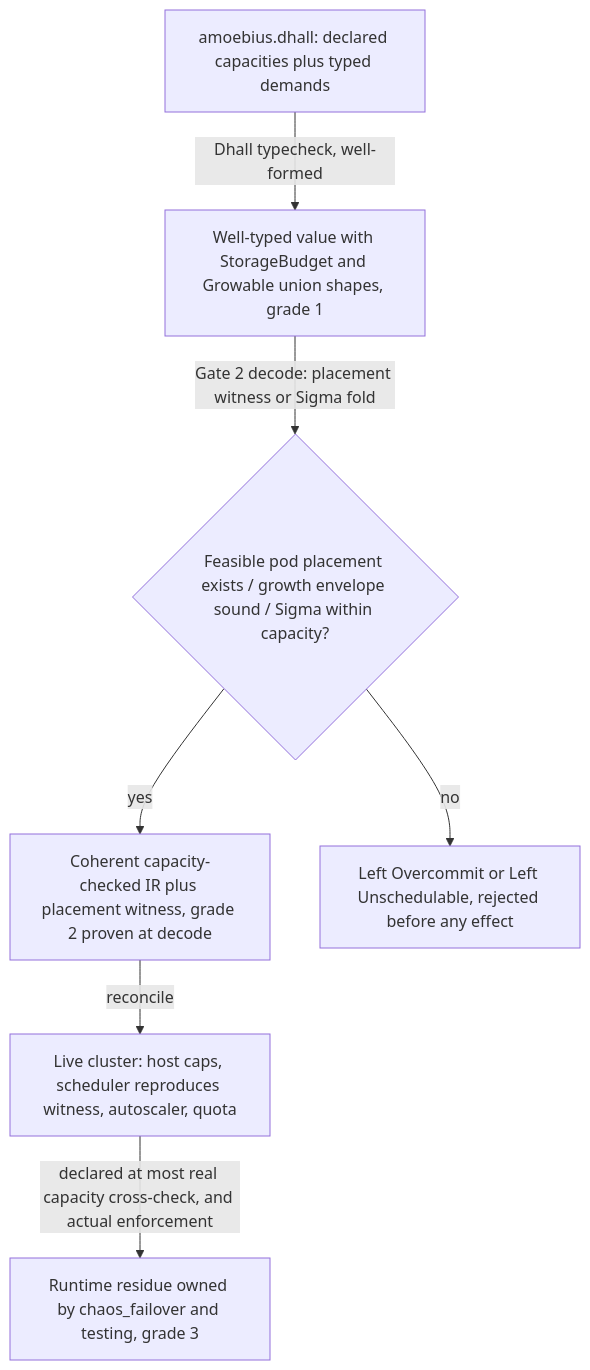
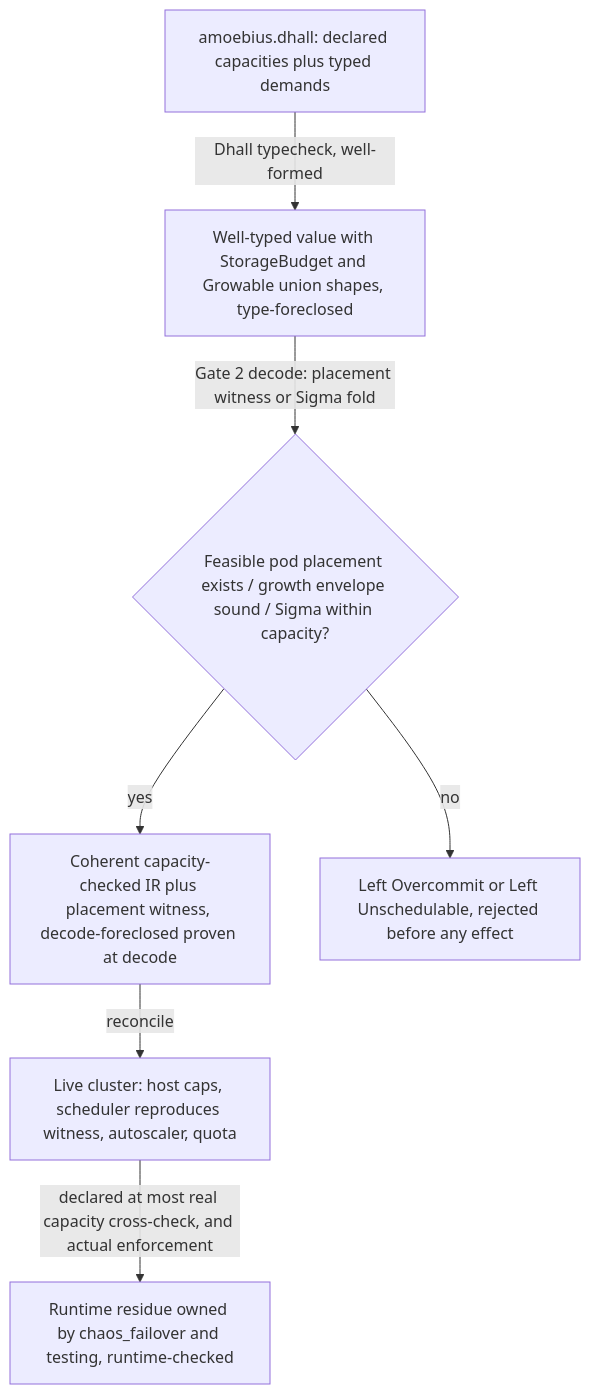
One commit to Tuee22/amoebius changed the diagram in documents/engineering/resource_capacity_doctrine.md. Above: the diagram before and after it, drawn with Mermaid. The commit also changed other lines of this file and 33 other files, not shown here.

````diff
--- a/documents/engineering/resource_capacity_doctrine.md
+++ b/documents/engineering/resource_capacity_doctrine.md
@@ -89,9 +89,9 @@
 ```mermaid
 flowchart TD
-  spec[amoebius.dhall: declared capacities plus typed demands] -->|Dhall typecheck, well-formed| typed[Well-typed value with StorageBudget and Growable union shapes, grade 1]
+  spec[amoebius.dhall: declared capacities plus typed demands] -->|Dhall typecheck, well-formed| typed[Well-typed value with StorageBudget and Growable union shapes, type-foreclosed]
   typed -->|Gate 2 decode: placement witness or Sigma fold| fold{Feasible pod placement exists / growth envelope sound / Sigma within capacity?}
-  fold -->|yes| ir[Coherent capacity-checked IR plus placement witness, grade 2 proven at decode]
+  fold -->|yes| ir[Coherent capacity-checked IR plus placement witness, decode-foreclosed proven at decode]
   fold -->|no| reject[Left Overcommit or Left Unschedulable, rejected before any effect]
   ir -->|reconcile| runtime[Live cluster: host caps, scheduler reproduces witness, autoscaler, quota]
-  runtime -->|declared at most real capacity cross-check, and actual enforcement| grade3[Runtime residue owned by chaos_failover and testing, grade 3]
+  runtime -->|declared at most real capacity cross-check, and actual enforcement| runtime-checked[Runtime residue owned by chaos_failover and testing, runtime-checked]
 ```
````
